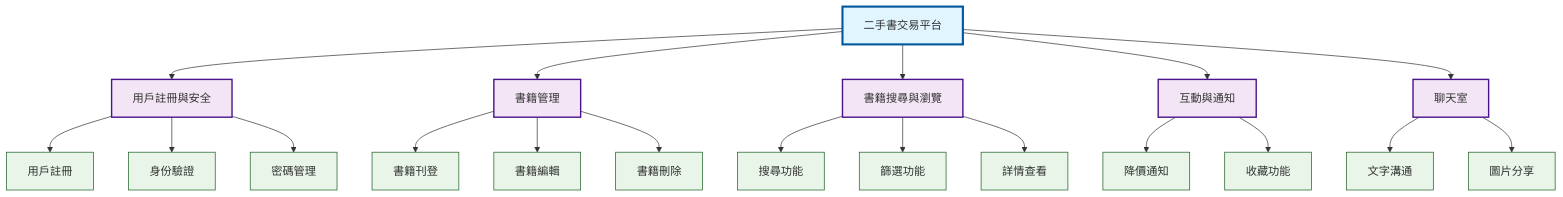
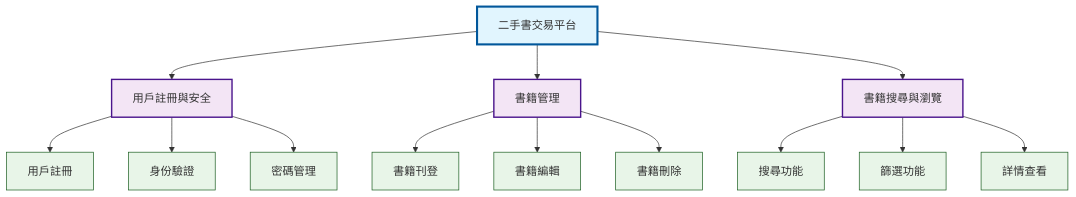
Before and after one commit to TEAM14-0633/team14_introduce: the first of 7 diagrams in hw3.md, drawn with Mermaid. The commit also changed other lines of this file, not shown here.

````diff
--- a/hw3.md
+++ b/hw3.md
@@ -43,45 +43,34 @@
 ```mermaid
 graph TD
   A[二手書交易平台] --> B[用戶註冊與安全]
   A --> C[書籍管理]
   A --> D[書籍搜尋與瀏覽]
-  A --> E[互動與通知]
-  A --> F[聊天室]
   
   %% 用戶註冊與安全
   B --> B1[用戶註冊]
   B --> B2[身份驗證]
   B --> B3[密碼管理]
   
   
   %% 書籍管理
   C --> C1[書籍刊登]
   C --> C2[書籍編輯]
   C --> C3[書籍刪除]
   
   
   %% 書籍搜尋與瀏覽
   D --> D1[搜尋功能]
   D --> D2[篩選功能]
   D --> D3[詳情查看]
   
   
-  %% 互動與通知
-  E --> E1[降價通知]
-  E --> E2[收藏功能]
-  
-  
-  %% 聊天室
-  F --> F1[文字溝通]
-  F --> F2[圖片分享]
-  
   
   %% 樣式設定
   classDef mainFunction fill:#e1f5fe,stroke:#01579b,stroke-width:3px
   classDef subFunction fill:#f3e5f5,stroke:#4a148c,stroke-width:2px
   classDef detailFunction fill:#e8f5e8,stroke:#1b5e20,stroke-width:1px
   
   class A mainFunction
-  class B,C,D,E,F subFunction
-  class B1,B2,B3,C1,C2,C3,D1,D2,D3,E1,E2,F1,F2 detailFunction
+  class B,C,D subFunction
+  class B1,B2,B3,C1,C2,C3,D1,D2,D3 detailFunction
 ```
````
